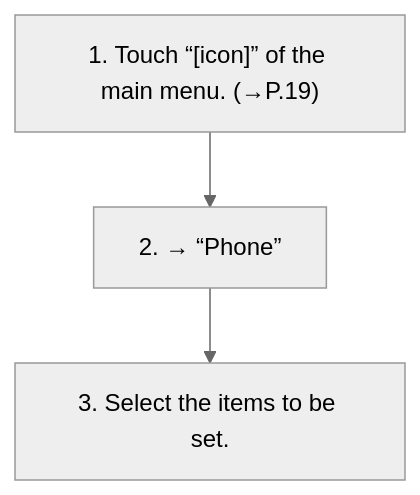
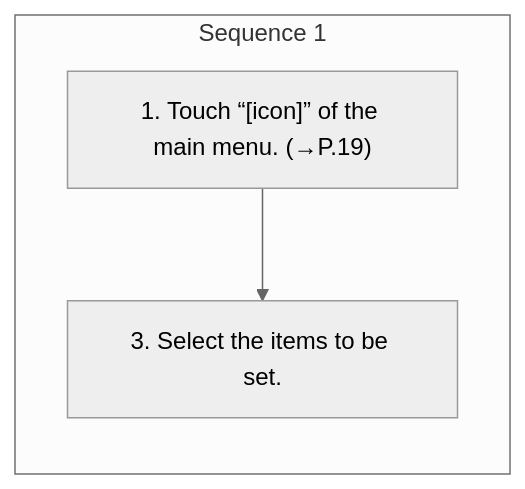
The diagram in workspace/subaru/outback-2026/ivi/published/settings/7-phone-settings-screen.md (Chieko-Y/my-spec-generator), drawn with Mermaid (neutral theme) before and after one commit. The commit also changed other lines of this file and 268 other files, not shown here.

````diff
--- a/workspace/subaru/outback-2026/ivi/published/settings/7-phone-settings-screen.md
+++ b/workspace/subaru/outback-2026/ivi/published/settings/7-phone-settings-screen.md
@@ -14,8 +14,9 @@
 ```mermaid
 flowchart TD
-    S1["1. Touch “[icon]” of the main menu. (→P.19)"]
-    S2["2. → “Phone”"]
-    S3["3. Select the items to be set."]
-    S1 --> S2
-    S2 --> S3
+    subgraph SEQ1["Sequence 1"]
+    direction TB
+    S1_1["1. Touch “[icon]” of the main menu. (→P.19)"]
+    S1_3["3. Select the items to be set."]
+    S1_1 --> S1_3
+    end
 ```
````
